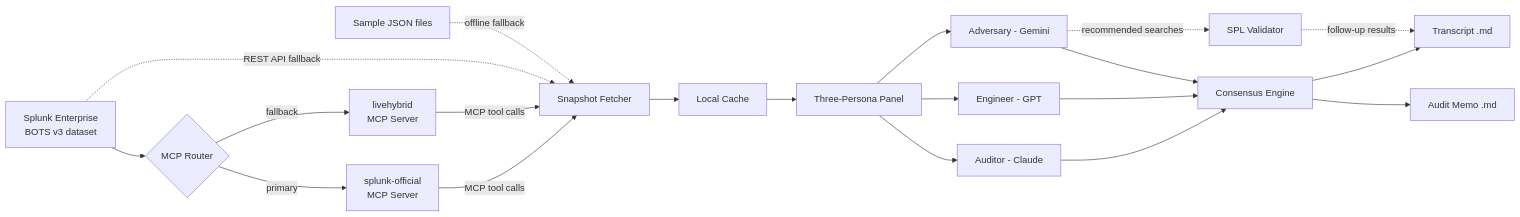
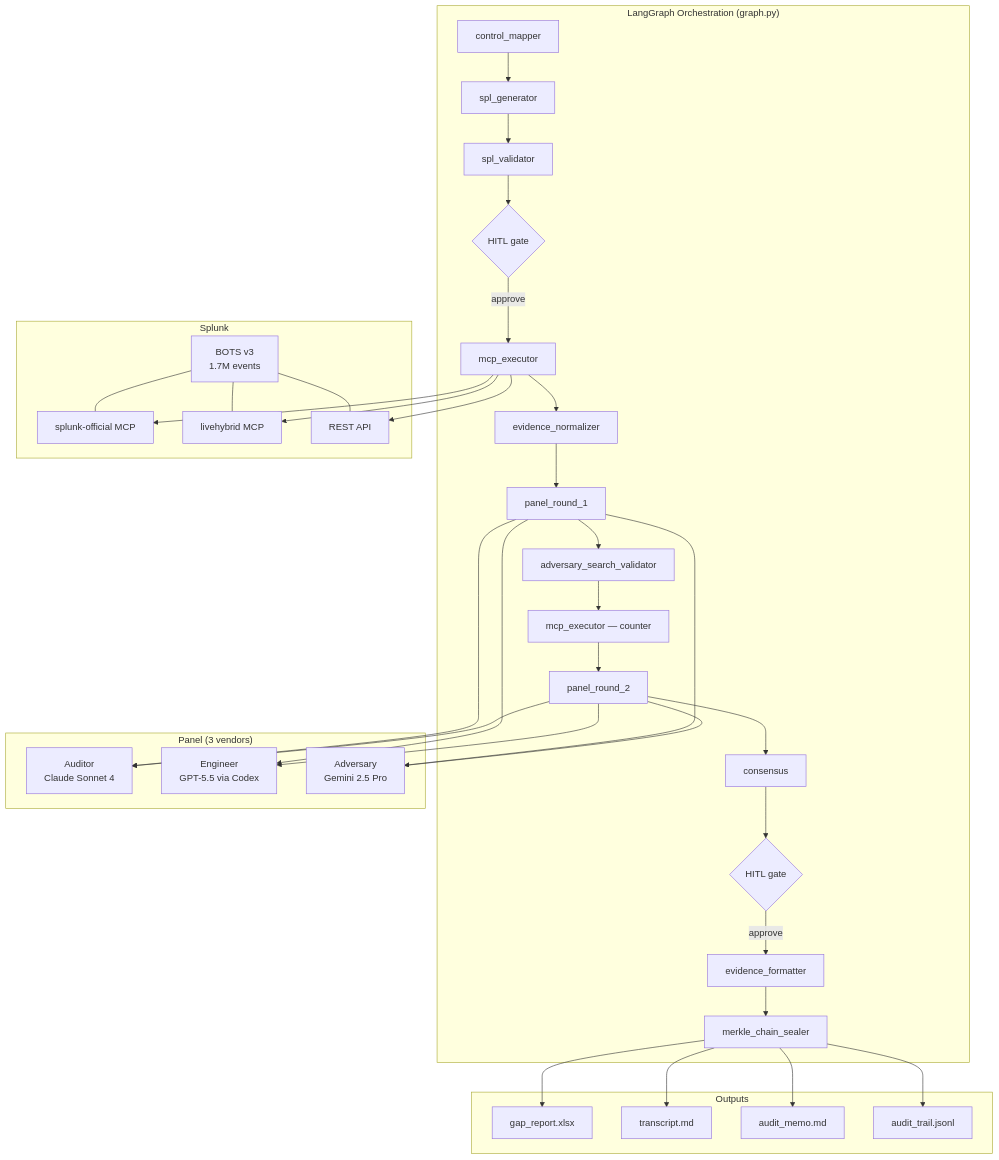
The diagram in README.md (sandhipveera/audit-evidence-compiler), drawn with Mermaid before and after one commit. The commit also changed other lines of this file, not shown here.

````diff
--- a/README.md
+++ b/README.md
@@ -39,22 +102,43 @@
 ```mermaid
-graph LR
-    A[Splunk Enterprise<br/>BOTS v3 dataset] --> MCP_R{MCP Router}
-    MCP_R -->|primary| MCP_O[splunk-official<br/>MCP Server]
-    MCP_R -->|fallback| MCP_L[livehybrid<br/>MCP Server]
-    MCP_O -->|MCP tool calls| B[Snapshot Fetcher]
-    MCP_L -->|MCP tool calls| B
-    A -.->|REST API fallback| B
-    A2[Sample JSON files] -.->|offline fallback| B
-    B --> C[Local Cache]
-    C --> D[Three-Persona Panel]
-    D --> E[Auditor - Claude]
-    D --> F[Engineer - GPT]
-    D --> G[Adversary - Gemini]
-    E --> H[Consensus Engine]
-    F --> H
-    G --> H
-    H --> I[Transcript .md]
-    H --> J[Audit Memo .md]
-    G -.->|recommended searches| K[SPL Validator]
-    K -.->|follow-up results| I
+graph TD
+    subgraph "LangGraph Orchestration (graph.py)"
+      N1[control_mapper] --> N2[spl_generator]
+      N2 --> N3[spl_validator]
+      N3 --> N4{HITL gate}
+      N4 -->|approve| N5[mcp_executor]
+      N5 --> N6[evidence_normalizer]
+      N6 --> N7[panel_round_1]
+      N7 --> N8[adversary_search_validator]
+      N8 --> N9[mcp_executor — counter]
+      N9 --> N10[panel_round_2]
+      N10 --> N11[consensus]
+      N11 --> N12{HITL gate}
+      N12 -->|approve| N13[evidence_formatter]
+      N13 --> N14[merkle_chain_sealer]
+    end
+
+    subgraph "Splunk"
+      S1[BOTS v3<br/>1.7M events]
+      S2[splunk-official MCP]
+      S3[livehybrid MCP]
+      S4[REST API]
+    end
+
+    subgraph "Panel (3 vendors)"
+      P1[Auditor<br/>Claude Sonnet 4]
+      P2[Engineer<br/>GPT-5.5 via Codex]
+      P3[Adversary<br/>Gemini 2.5 Pro]
+    end
+
+    subgraph "Outputs"
+      O1[gap_report.xlsx]
+      O2[transcript.md]
+      O3[audit_memo.md]
+      O4[audit_trail.jsonl]
+    end
+
+    N5 --> S2 & S3 & S4
+    S1 --- S2 & S3 & S4
+    N7 & N10 --> P1 & P2 & P3
+    N14 --> O1 & O2 & O3 & O4
 ```
````
